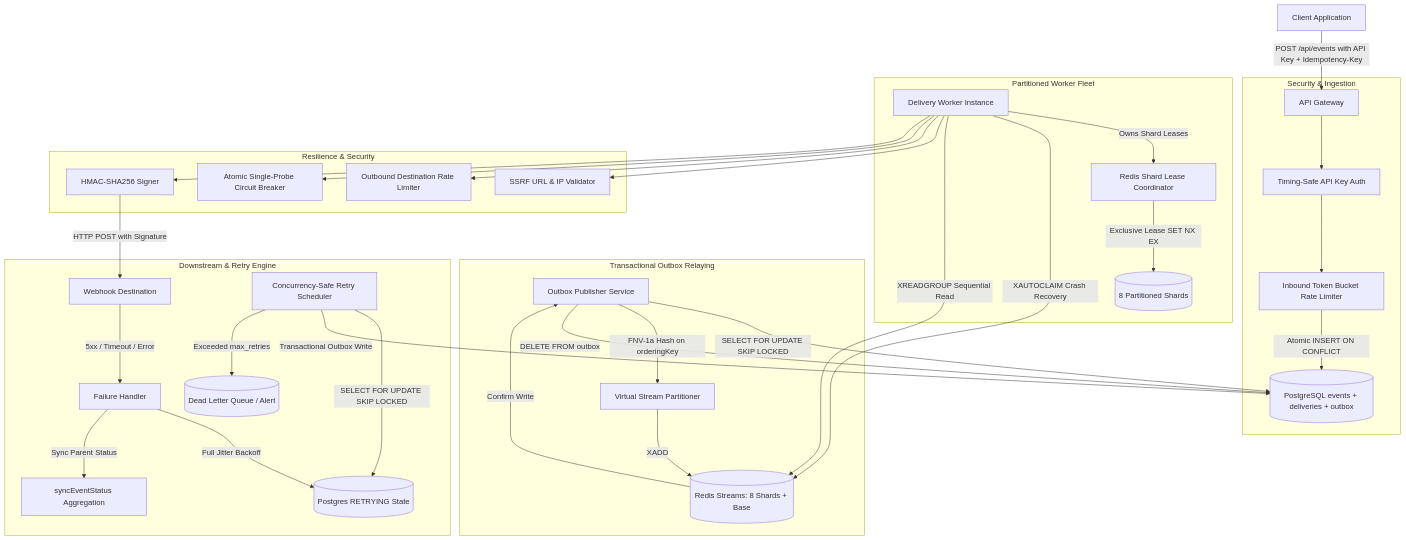
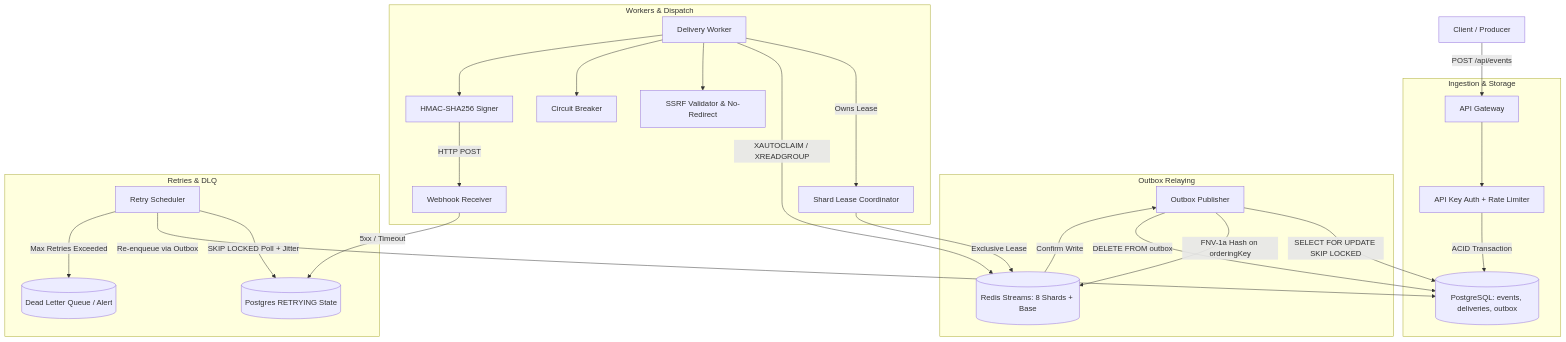
One commit to TanmayRawal/EventRelay changed the diagram in README.md. Above: the diagram before and after it, drawn with Mermaid. The commit also changed other lines of this file and 15 other files, not shown here.

Commit message:
feat(hardening): add database migrations, delivery-time SSRF validation, no-redirect defense, zero-target event status, and realistic README semantics

````diff
--- a/README.md
+++ b/README.md
@@ -22,42 +16,33 @@
 ```mermaid
 flowchart TD
-    Client[Client Application] -->|POST /api/events with API Key + Idempotency-Key| API[API Gateway]
+    Client[Client / Producer] -->|POST /api/events| Gateway[API Gateway]
 
-    subgraph Security & Ingestion
-        API --> Auth[Timing-Safe API Key Auth]
-        Auth --> InboundRL[Inbound Token Bucket Rate Limiter]
-        InboundRL -->|Atomic INSERT ON CONFLICT| PG[(PostgreSQL events + deliveries + outbox)]
+    subgraph Ingestion & Storage
+        Gateway --> Auth[API Key Auth + Rate Limiter]
+        Auth -->|ACID Transaction| PG[(PostgreSQL: events, deliveries, outbox)]
     end
 
-    subgraph Transactional Outbox Relaying
-        OutboxPub[Outbox Publisher Service] -->|SELECT FOR UPDATE SKIP LOCKED| PG
-        OutboxPub -->|FNV-1a Hash on orderingKey| Shard[Virtual Stream Partitioner]
-        Shard -->|XADD| RS[(Redis Streams: 8 Shards + Base)]
-        RS -->|Confirm Write| OutboxPub
+    subgraph Outbox Relaying
+        OutboxPub[Outbox Publisher] -->|SELECT FOR UPDATE SKIP LOCKED| PG
+        OutboxPub -->|FNV-1a Hash on orderingKey| Shards[(Redis Streams: 8 Shards + Base)]
+        Shards -->|Confirm Write| OutboxPub
         OutboxPub -->|DELETE FROM outbox| PG
     end
 
-    subgraph Partitioned Worker Fleet
-        Coord[Redis Shard Lease Coordinator] -->|Exclusive Lease SET NX EX| Shards[(8 Partitioned Shards)]
-        W1[Delivery Worker Instance] -->|Owns Shard Leases| Coord
-        W1 -->|XAUTOCLAIM Crash Recovery| RS
-        W1 -->|XREADGROUP Sequential Read| RS
+    subgraph Workers & Dispatch
+        Coord[Shard Lease Coordinator] -->|Exclusive Lease| Shards
+        Worker[Delivery Worker] -->|Owns Lease| Coord
+        Worker -->|XAUTOCLAIM / XREADGROUP| Shards
+        Worker --> SSRF[SSRF Validator & No-Redirect]
+        Worker --> CB[Circuit Breaker]
+        Worker --> Signer[HMAC-SHA256 Signer]
+        Signer -->|HTTP POST| Destination[Webhook Receiver]
     end
 
-    subgraph Resilience & Security
-        W1 --> SSRF[SSRF URL & IP Validator]
-        W1 --> TB[Outbound Destination Rate Limiter]
-        W1 --> CB[Atomic Single-Probe Circuit Breaker]
-        W1 --> HMAC[HMAC-SHA256 Signer]
-    end
-
-    subgraph Downstream & Retry Engine
-        HMAC -->|HTTP POST with Signature| Target[Webhook Destination]
-        Target -->|5xx / Timeout / Error| FailHandler[Failure Handler]
-        FailHandler -->|Full Jitter Backoff| PGRetry[(Postgres RETRYING State)]
-        FailHandler -->|Sync Parent Status| EventStatus[syncEventStatus Aggregation]
-        Sched[Concurrency-Safe Retry Scheduler] -->|SELECT FOR UPDATE SKIP LOCKED| PGRetry
-        Sched -->|Transactional Outbox Write| PG
-        Sched -->|Exceeded max_retries| DLQ[(Dead Letter Queue / Alert)]
+    subgraph Retries & DLQ
+        Destination -->|5xx / Timeout| RetryState[(Postgres RETRYING State)]
+        RetrySched[Retry Scheduler] -->|SKIP LOCKED Poll + Jitter| RetryState
+        RetrySched -->|Re-enqueue via Outbox| PG
+        RetrySched -->|Max Retries Exceeded| DLQ[(Dead Letter Queue / Alert)]
     end
 ```
````
